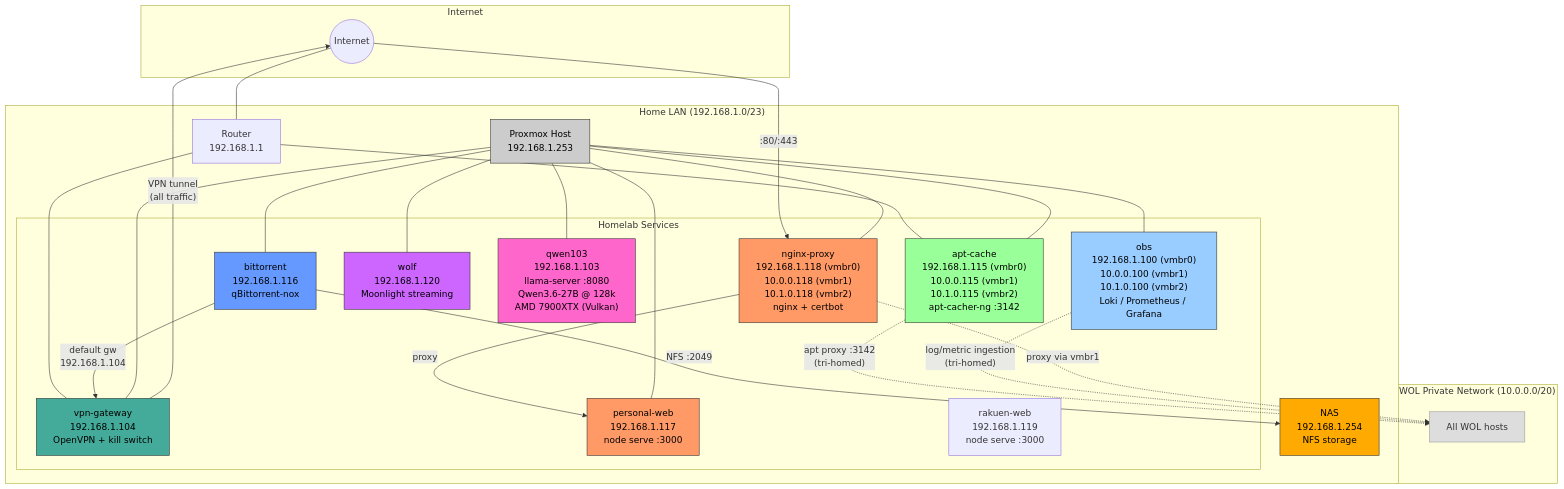
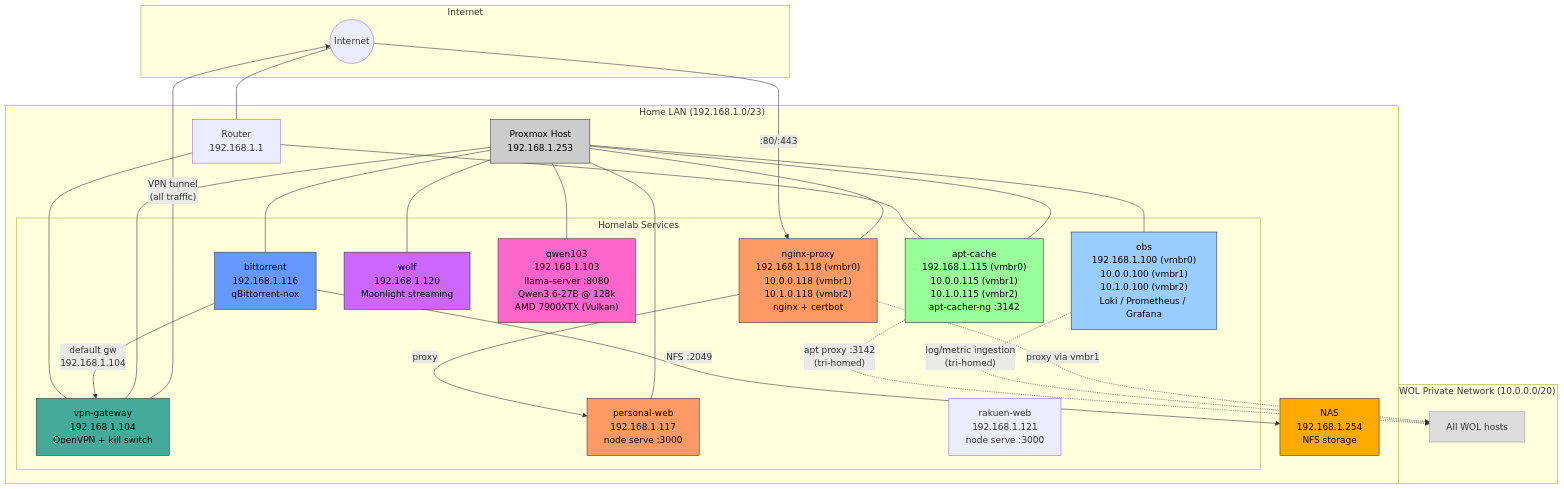
The first of 2 diagrams in homelab/diagrams.md (JBailes/infrastructure), drawn with Mermaid before and after one commit. The commit also changed other lines of this file and 4 other files, not shown here.

First line of the commit message:
fix: move rakuen-web to CT 121, CT 119 is taken by media-stack

````diff
--- a/homelab/diagrams.md
+++ b/homelab/diagrams.md
@@ -9,61 +9,61 @@
 ```mermaid
 graph TB
     subgraph Internet
         INET((Internet))
     end
 
     subgraph LAN["Home LAN (192.168.1.0/23)"]
         ROUTER["Router<br/>192.168.1.1"]
 
         subgraph HOMELAB["Homelab Services"]
             APTCACHE["apt-cache<br/>192.168.1.115 (vmbr0)<br/>10.0.0.115 (vmbr1)<br/>10.1.0.115 (vmbr2)<br/>apt-cacher-ng :3142"]
             OBS["obs<br/>192.168.1.100 (vmbr0)<br/>10.0.0.100 (vmbr1)<br/>10.1.0.100 (vmbr2)<br/>Loki / Prometheus / Grafana"]
             VPN["vpn-gateway<br/>192.168.1.104<br/>OpenVPN + kill switch"]
             BT["bittorrent<br/>192.168.1.116<br/>qBittorrent-nox"]
             NGINX["nginx-proxy<br/>192.168.1.118 (vmbr0)<br/>10.0.0.118 (vmbr1)<br/>10.1.0.118 (vmbr2)<br/>nginx + certbot"]
             PWEB["personal-web<br/>192.168.1.117<br/>node serve :3000"]
-            RWEB["rakuen-web<br/>192.168.1.119<br/>node serve :3000"]
+            RWEB["rakuen-web<br/>192.168.1.121<br/>node serve :3000"]
             WOLF["wolf<br/>192.168.1.120<br/>Moonlight streaming"]
             LLM["qwen103<br/>192.168.1.103<br/>llama-server :8080<br/>Qwen3.6-27B @ 128k<br/>AMD 7900XTX (Vulkan)"]
         end
 
         NAS["NAS<br/>192.168.1.254<br/>NFS storage"]
         PVE["Proxmox Host<br/>192.168.1.253"]
     end
 
     subgraph WOL["WOL Private Network (10.0.0.0/20)"]
         WOLHOSTS["All WOL hosts"]
     end
 
     INET --- ROUTER
     ROUTER --- VPN
     ROUTER --- APTCACHE
     VPN -->|"VPN tunnel<br/>(all traffic)"| INET
     BT -->|"default gw<br/>192.168.1.104"| VPN
     BT -->|"NFS :2049"| NAS
     APTCACHE -.->|"apt proxy :3142<br/>(tri-homed)"| WOLHOSTS
     OBS -.->|"log/metric ingestion<br/>(tri-homed)"| WOLHOSTS
     INET -->|":80/:443"| NGINX
     NGINX -->|"proxy"| PWEB
     NGINX -.->|"proxy via vmbr1"| WOLHOSTS
     PVE --- VPN
     PVE --- BT
     PVE --- APTCACHE
     PVE --- OBS
     PVE --- NGINX
     PVE --- PWEB
     PVE --- WOLF
     PVE --- LLM
 
     style APTCACHE fill:#9f9,stroke:#333,color:#000
     style OBS fill:#9cf,stroke:#333,color:#000
     style VPN fill:#4a9,stroke:#333,color:#000
     style BT fill:#69f,stroke:#333,color:#000
     style NGINX fill:#f96,stroke:#333,color:#000
     style PWEB fill:#f96,stroke:#333,color:#000
     style NAS fill:#fa0,stroke:#333,color:#000
     style PVE fill:#ccc,stroke:#333,color:#000
     style WOLHOSTS fill:#ddd,stroke:#999,color:#333
     style WOLF fill:#c6f,stroke:#333,color:#000
     style LLM fill:#f6c,stroke:#333,color:#000
 ```
````
